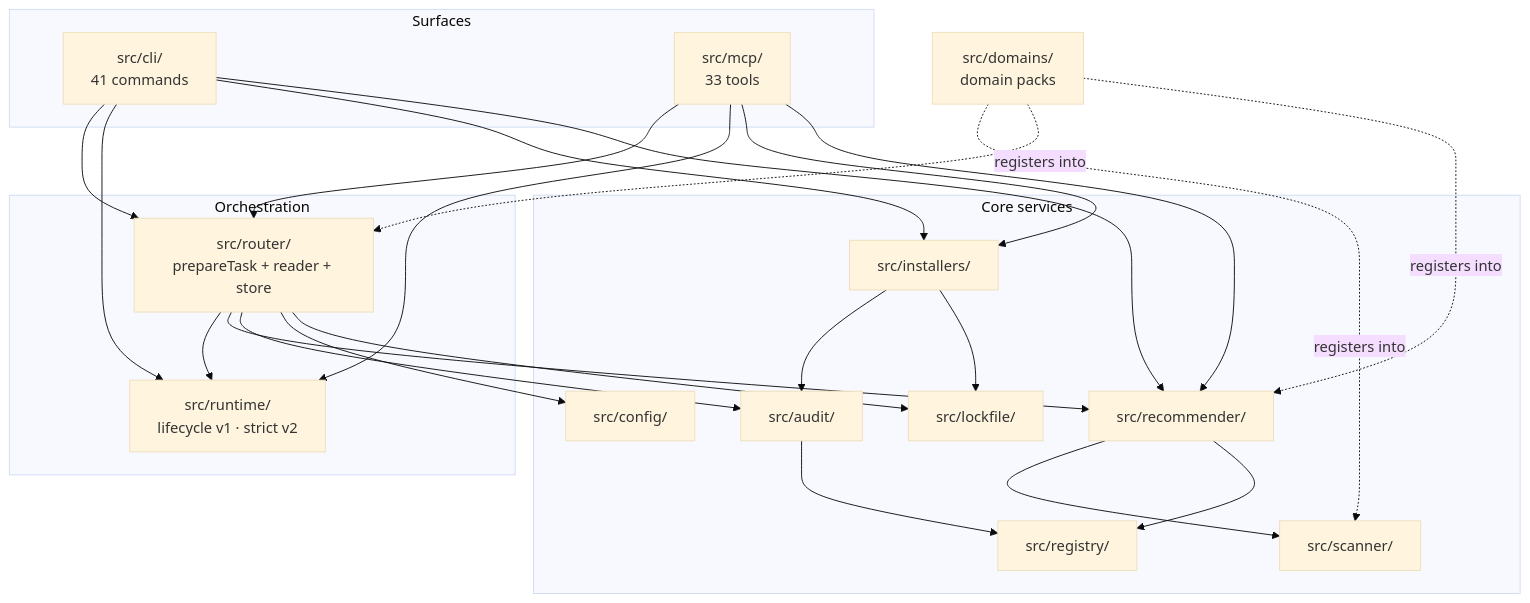
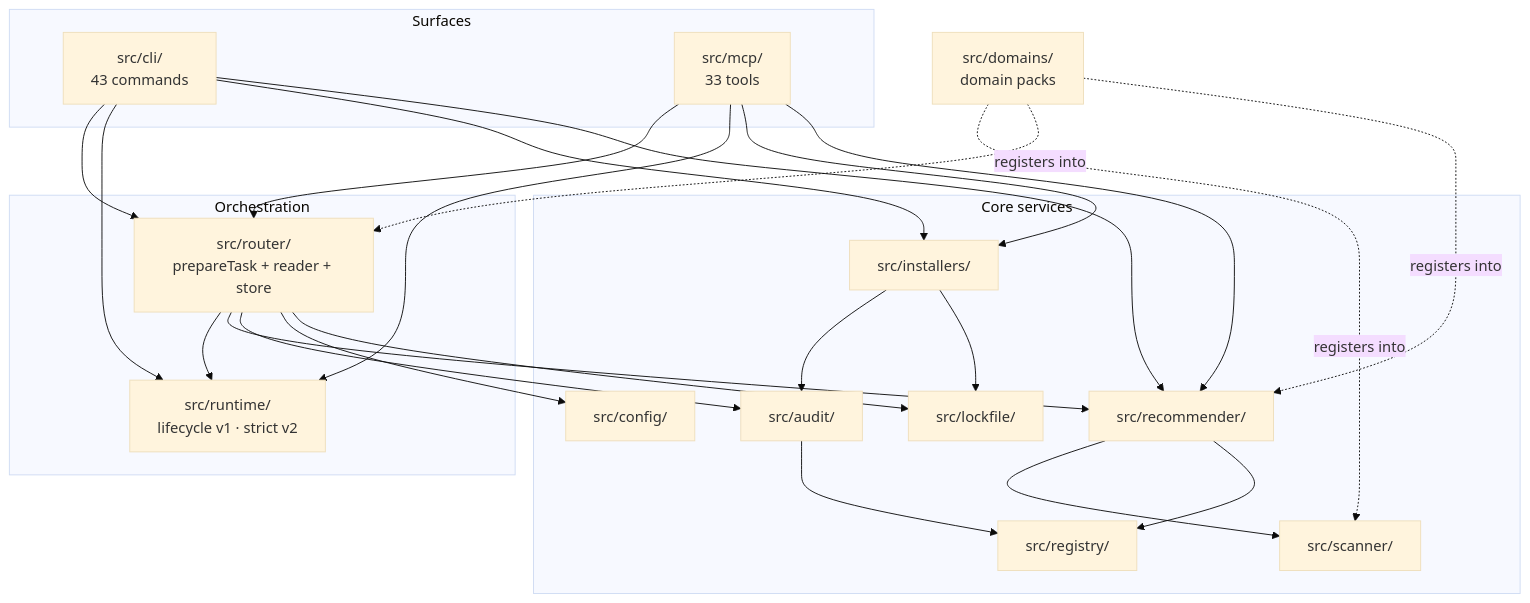
Before and after one commit to Narek-Khachikyan/SkillRanger: the first of 2 diagrams in docs/ARCHITECTURE.md, drawn with Mermaid (base theme). The commit also changed other lines of this file and 27 other files, not shown here.

````diff
--- a/docs/ARCHITECTURE.md
+++ b/docs/ARCHITECTURE.md
@@ -51,43 +51,43 @@
 ```mermaid
 graph TD
   subgraph Surfaces
-    CLI["src/cli/<br/>41 commands"]
+    CLI["src/cli/<br/>43 commands"]
     MCP["src/mcp/<br/>33 tools"]
   end
   subgraph Orchestration
     ROUTER["src/router/<br/>prepareTask + reader + store"]
     RUNTIME["src/runtime/<br/>lifecycle v1 · strict v2"]
   end
   subgraph "Core services"
     SCAN["src/scanner/"]
     REC["src/recommender/"]
     REG["src/registry/"]
     AUDIT["src/audit/"]
     INST["src/installers/"]
     LOCK["src/lockfile/"]
     CONF["src/config/"]
   end
   DOM["src/domains/<br/>domain packs"]
 
   CLI --> ROUTER
   CLI --> RUNTIME
   CLI --> INST
   CLI --> REC
   MCP --> ROUTER
   MCP --> RUNTIME
   MCP --> INST
   MCP --> REC
   ROUTER --> RUNTIME
   ROUTER --> REC
   ROUTER --> AUDIT
   ROUTER --> CONF
   ROUTER --> LOCK
   REC --> SCAN
   REC --> REG
   AUDIT --> REG
   INST --> AUDIT
   INST --> LOCK
   DOM -.->|registers into| SCAN
   DOM -.->|registers into| ROUTER
   DOM -.->|registers into| REC
 ```
````
